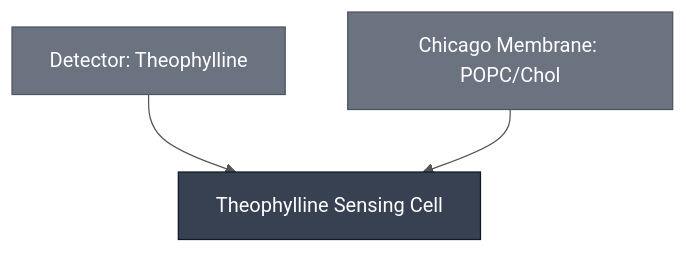
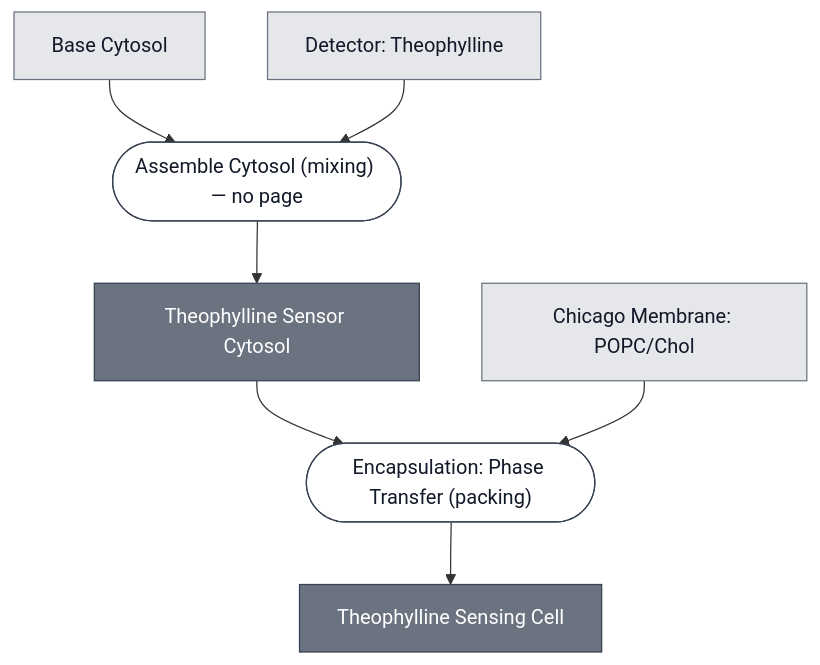
The diagram in docs/modules/theophylline-sensing-cell/spec.md (nucleus-eng/nucleus-docs), drawn with Mermaid before and after one commit. The commit also changed 7 other files, not shown here.

````diff
--- a/docs/modules/theophylline-sensing-cell/spec.md
+++ b/docs/modules/theophylline-sensing-cell/spec.md
@@ -25,19 +25,33 @@
 ```mermaid
-%%{init: {'theme': 'base', 'themeVariables': {'lineColor': '#555555', 'edgeLabelBackground': '#ffffff'}}}%%
 flowchart TD
+    BASE_CYTOSOL["Base Cytosol"]
     DETECTOR_THEOPHYLLINE["Detector: Theophylline"]
-    MEMBRANE_POPC_CHOL_CHICAGO["Chicago Membrane: POPC/Chol"]
+    MEMBRANE_CHICAGO["Chicago Membrane: POPC/Chol"]
+
+    P1_ASSEMBLE_CYTOSOL_0(["Assemble Cytosol (mixing) — no page"])
+    THEOPHYLLINE_SENSOR_CYTOSOL["Theophylline Sensor Cytosol"]
+    P2_ENCAPSULATE_0(["Encapsulation: Phase Transfer (packing)"])
     THEOPHYLLINE_SENSING_CELL["Theophylline Sensing Cell"]
 
-    DETECTOR_THEOPHYLLINE --> THEOPHYLLINE_SENSING_CELL
-    MEMBRANE_POPC_CHOL_CHICAGO --> THEOPHYLLINE_SENSING_CELL
+    BASE_CYTOSOL --> P1_ASSEMBLE_CYTOSOL_0
+    DETECTOR_THEOPHYLLINE --> P1_ASSEMBLE_CYTOSOL_0
+    P1_ASSEMBLE_CYTOSOL_0 --> THEOPHYLLINE_SENSOR_CYTOSOL
 
-    classDef constituent fill:#6B7280,color:#ffffff,stroke:#4B5563;
-    classDef this fill:#374151,color:#ffffff,stroke:#111827;
-    class DETECTOR_THEOPHYLLINE,MEMBRANE_POPC_CHOL_CHICAGO constituent;
-    class THEOPHYLLINE_SENSING_CELL this;
+    THEOPHYLLINE_SENSOR_CYTOSOL --> P2_ENCAPSULATE_0
+    MEMBRANE_CHICAGO --> P2_ENCAPSULATE_0
+    P2_ENCAPSULATE_0 --> THEOPHYLLINE_SENSING_CELL
 
+
+    classDef leaf     fill:#e5e7eb,stroke:#6b7280,color:#111827;
+    classDef composed fill:#6b7280,stroke:#374151,color:#ffffff;
+    classDef process  fill:#ffffff,stroke:#374151,color:#111827;
+    class BASE_CYTOSOL,DETECTOR_THEOPHYLLINE,MEMBRANE_CHICAGO leaf;
+    class THEOPHYLLINE_SENSOR_CYTOSOL,THEOPHYLLINE_SENSING_CELL composed;
+    class P1_ASSEMBLE_CYTOSOL_0,P2_ENCAPSULATE_0 process;
+
+    click BASE_CYTOSOL "/docs/modules/base-cytosol/spec"
     click DETECTOR_THEOPHYLLINE "/docs/modules/detector-theophylline/spec"
-    click MEMBRANE_POPC_CHOL_CHICAGO "/docs/modules/membrane-popc-chol-chicago/spec"
+    click MEMBRANE_CHICAGO "/docs/modules/membrane-popc-chol-chicago/spec"
+    click P2_ENCAPSULATE_0 "/docs/processes/assemble-base-cell/main"
     click THEOPHYLLINE_SENSING_CELL "/docs/modules/theophylline-sensing-cell/spec"
 ```
````
